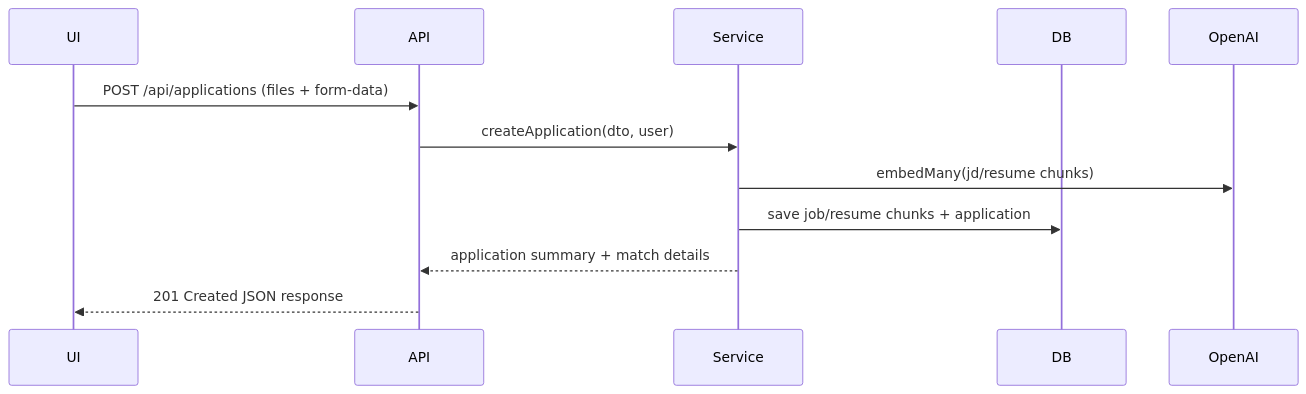
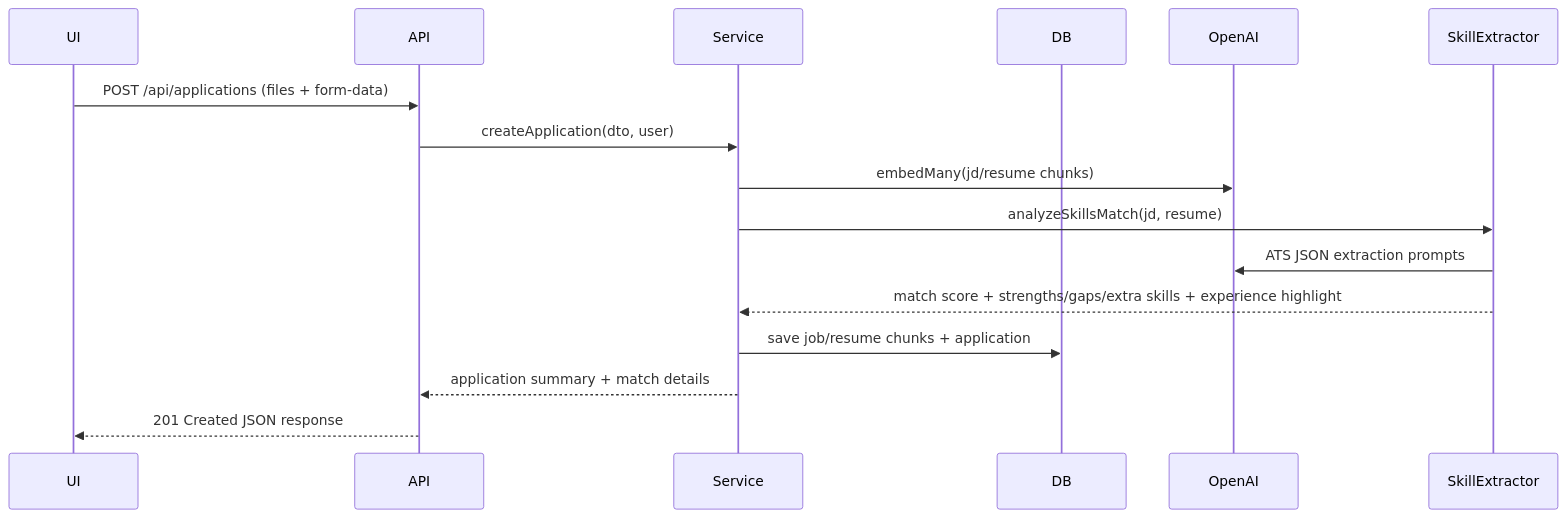
The second of 2 diagrams in README.md (banglahouse/resume_screener_backend), drawn with Mermaid before and after one commit. The commit also changed other lines of this file and 6 other files, not shown here.

Commit message:
added ATS level JD and resume matcher

````diff
--- a/README.md
+++ b/README.md
@@ -34,14 +38,17 @@
 ```mermaid
 sequenceDiagram
   participant UI
   participant API
   participant Service
   participant DB
   participant OpenAI
   UI->>API: POST /api/applications (files + form-data)
   API->>Service: createApplication(dto, user)
   Service->>OpenAI: embedMany(jd/resume chunks)
+  Service->>SkillExtractor: analyzeSkillsMatch(jd, resume)
+  SkillExtractor->>OpenAI: ATS JSON extraction prompts
+  SkillExtractor-->>Service: match score + strengths/gaps/extra skills + experience highlight
   Service->>DB: save job/resume chunks + application
   Service-->>API: application summary + match details
   API-->>UI: 201 Created JSON response
 ```
````
